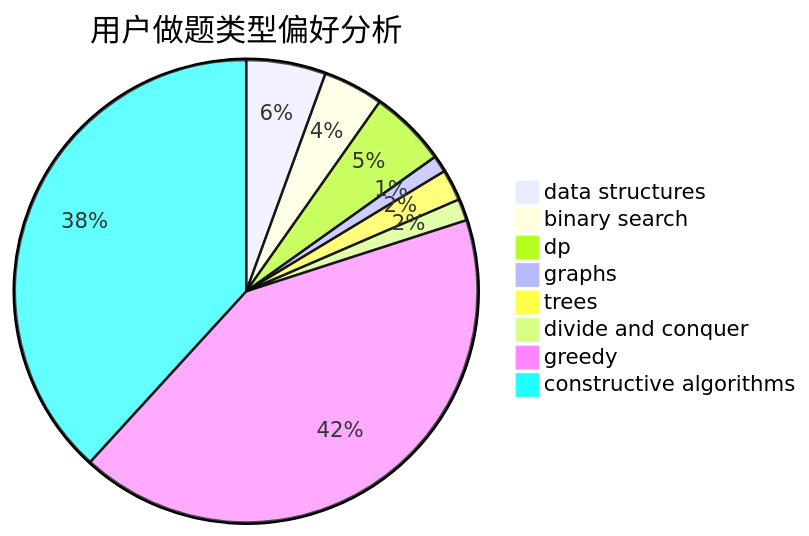
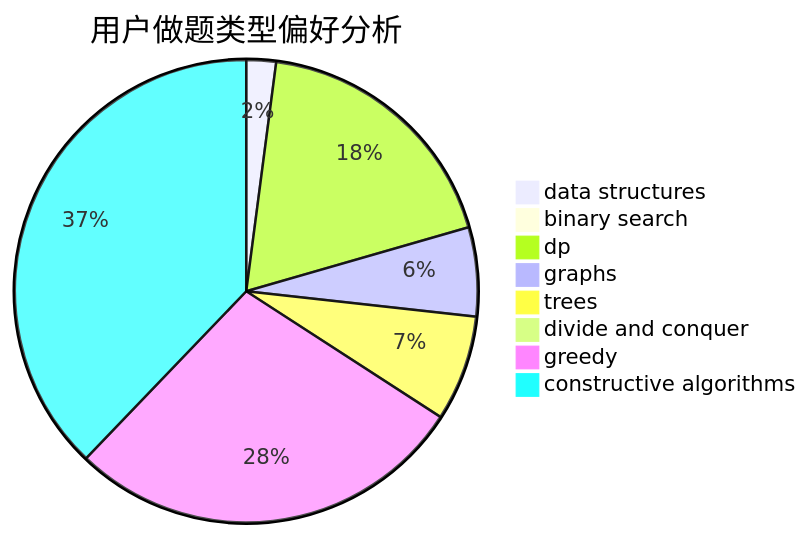
The second of 3 diagrams in docs/user/u2650.md (sherpahu/cfrs.github.io), drawn with Mermaid before and after one commit. The commit also changed other lines of this file and 2770 other files, not shown here.

````diff
--- a/docs/user/u2650.md
+++ b/docs/user/u2650.md
@@ -23,11 +23,11 @@
 ```mermaid
 pie title 用户做题类型偏好分析
-    "data structures" :  33
-    "binary search" :  25
-    "dp" :  32
-    "graphs" :  7
-    "trees" :  13
-    "divide and conquer" :  9
-    "greedy" :  248
-    "constructive algorithms" :  227
+    "data structures" :  23
+    "binary search" :  7
+    "dp" :  205
+    "graphs" :  69
+    "trees" :  82
+    "divide and conquer" :  6
+    "greedy" :  311
+    "constructive algorithms" :  420
 ```
````
